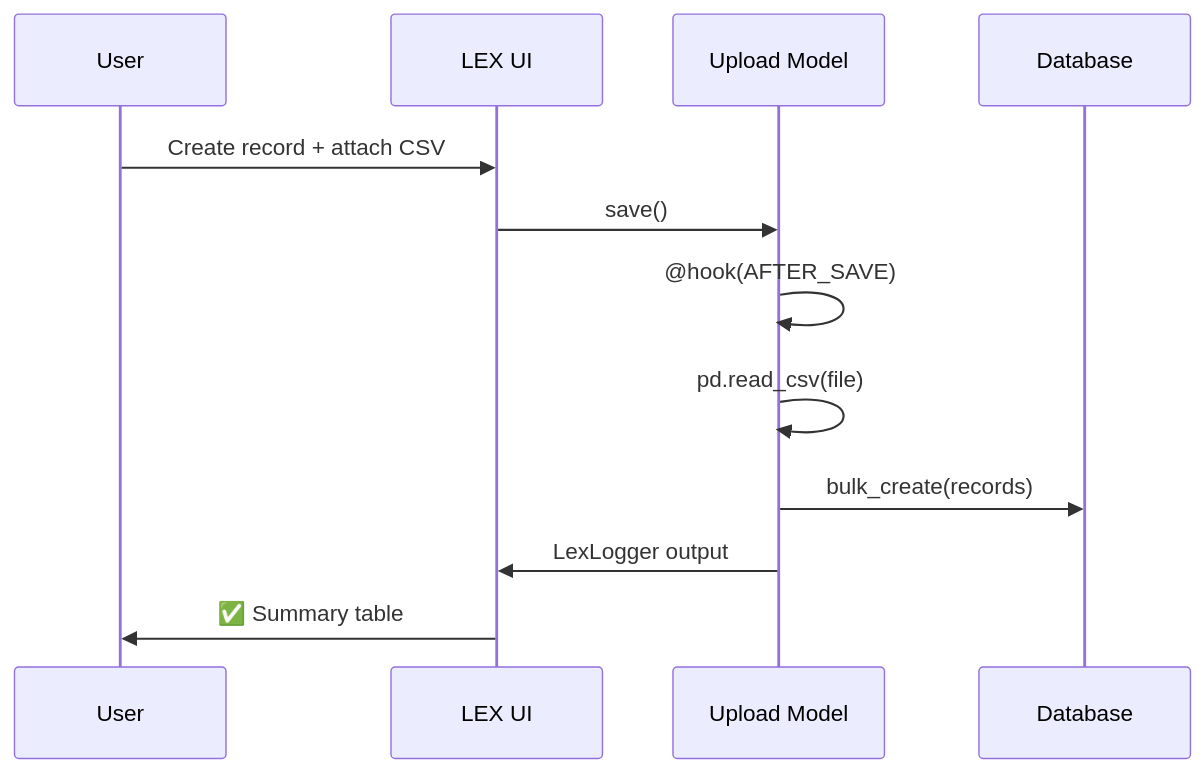
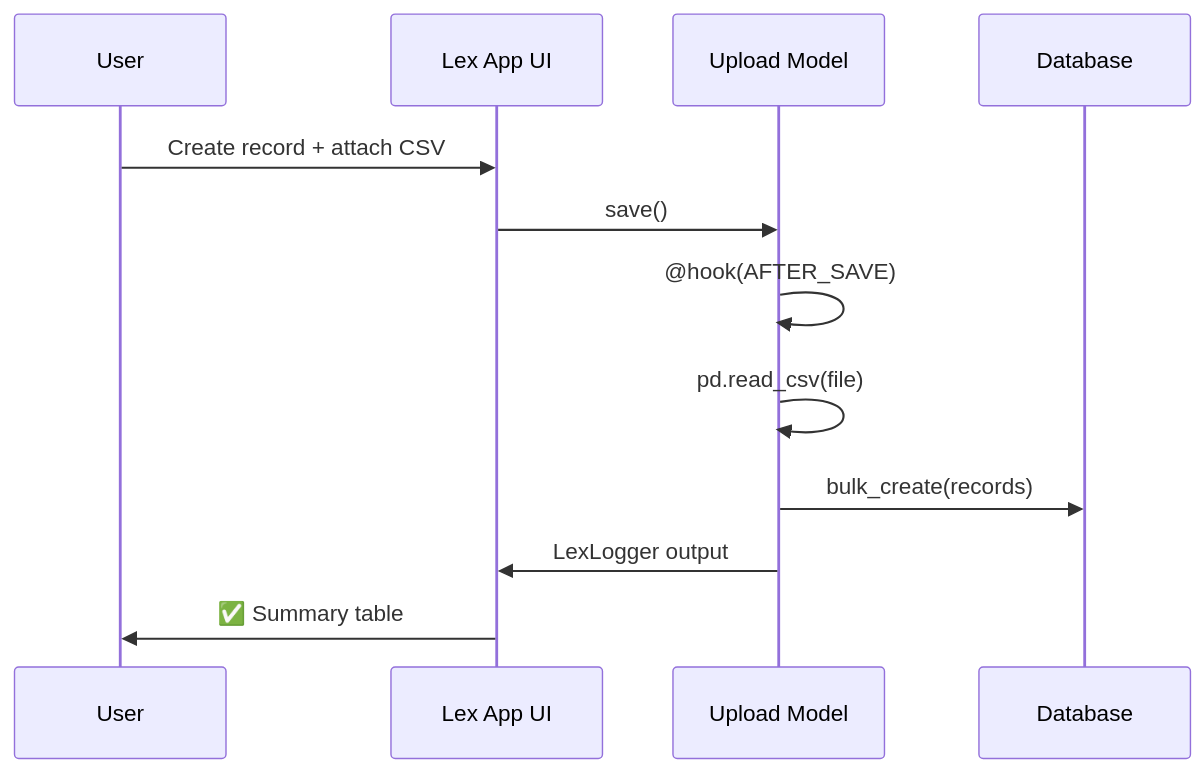
One commit to ExcellenceCloudGmbH/lex-app-docs changed the diagram in content/workshop/part-1-data-ingestion.md. Above: the diagram before and after it, drawn with Mermaid. The commit also changed other lines of this file and 18 other files, not shown here.

````diff
--- a/content/workshop/part-1-data-ingestion.md
+++ b/content/workshop/part-1-data-ingestion.md
@@ -154,15 +153,15 @@
 ```mermaid
 sequenceDiagram
     participant U as User
-    participant UI as LEX UI
+    participant UI as Lex App UI
     participant M as Upload Model
     participant DB as Database
 
     U->>UI: Create record + attach CSV
     UI->>M: save()
     M->>M: @hook(AFTER_SAVE)
     M->>M: pd.read_csv(file)
     M->>DB: bulk_create(records)
     M->>UI: LexLogger output
     UI->>U: ✅ Summary table
 ```
````
